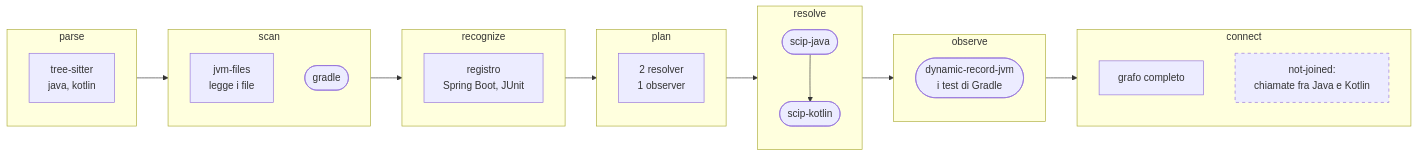
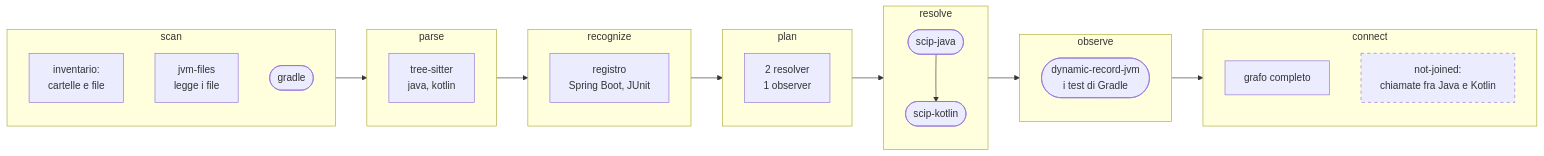
One commit to acaprino/daodan changed the third of 4 diagrams in docs/plugins/codebase-map.md. Above: the diagram before and after it, drawn with Mermaid. The commit also changed other lines of this file and 2 other files, not shown here.

First line of the commit message:
docs(pipeline): scan viene prima di parse

````diff
--- a/docs/plugins/codebase-map.md
+++ b/docs/plugins/codebase-map.md
@@ -155,28 +156,29 @@
 ```mermaid
 flowchart LR
+  subgraph scan
+    b0["inventario:<br>cartelle e file"]
+    b1[jvm-files<br>legge i file]
+    b2([gradle])
+  end
   subgraph parse
     a1[tree-sitter<br>java, kotlin]
-  end
-  subgraph scan
-    b1[jvm-files<br>legge i file]
-    b2([gradle])
   end
   subgraph recognize
     c1[registro<br>Spring Boot, JUnit]
   end
   subgraph plan
     d1[2 resolver<br>1 observer]
   end
   subgraph resolve
     e1([scip-java]) --> e2([scip-kotlin])
   end
   subgraph observe
     f1([dynamic-record-jvm<br>i test di Gradle])
   end
   subgraph connect
     g1[grafo completo]
     g2["not-joined:<br>chiamate fra Java e Kotlin"]:::gap
   end
-  parse --> scan --> recognize --> plan --> resolve --> observe --> connect
+  scan --> parse --> recognize --> plan --> resolve --> observe --> connect
   classDef gap stroke-dasharray: 5 5
 ```
````
